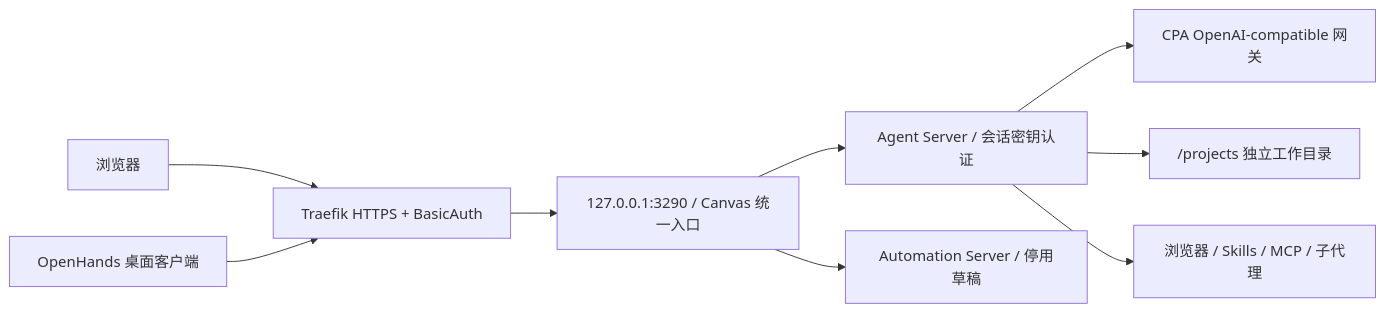
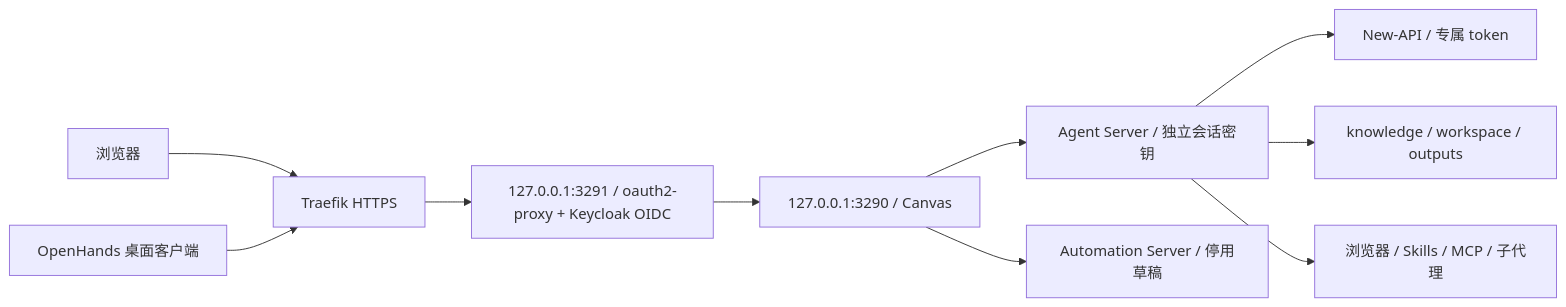
Before and after one commit to jz8132543/flakes: the diagram in docs/ai-architecture.md, drawn with Mermaid. The commit also changed other lines of this file and 67 other files, not shown here.

````diff
--- a/docs/ai-architecture.md
+++ b/docs/ai-architecture.md
@@ -953,11 +907,12 @@
 ```mermaid
 flowchart LR
-  Browser[浏览器] --> TLS[Traefik HTTPS + BasicAuth]
+  Browser[浏览器] --> TLS[Traefik HTTPS]
   Desktop[OpenHands 桌面客户端] --> TLS
-  TLS --> Ingress[127.0.0.1:3290 / Canvas 统一入口]
-  Ingress --> Agent[Agent Server / 会话密钥认证]
+  TLS --> OIDC[127.0.0.1:3291 / oauth2-proxy + Keycloak OIDC]
+  OIDC --> Ingress[127.0.0.1:3290 / Canvas]
+  Ingress --> Agent[Agent Server / 独立会话密钥]
   Ingress --> Automation[Automation Server / 停用草稿]
-  Agent --> CPA[CPA OpenAI-compatible 网关]
-  Agent --> Projects["/projects 独立工作目录"]
+  Agent --> NewAPI[New-API / 专属 token]
+  Agent --> Workspace[knowledge / workspace / outputs]
   Agent --> Tools[浏览器 / Skills / MCP / 子代理]
 ```
````
